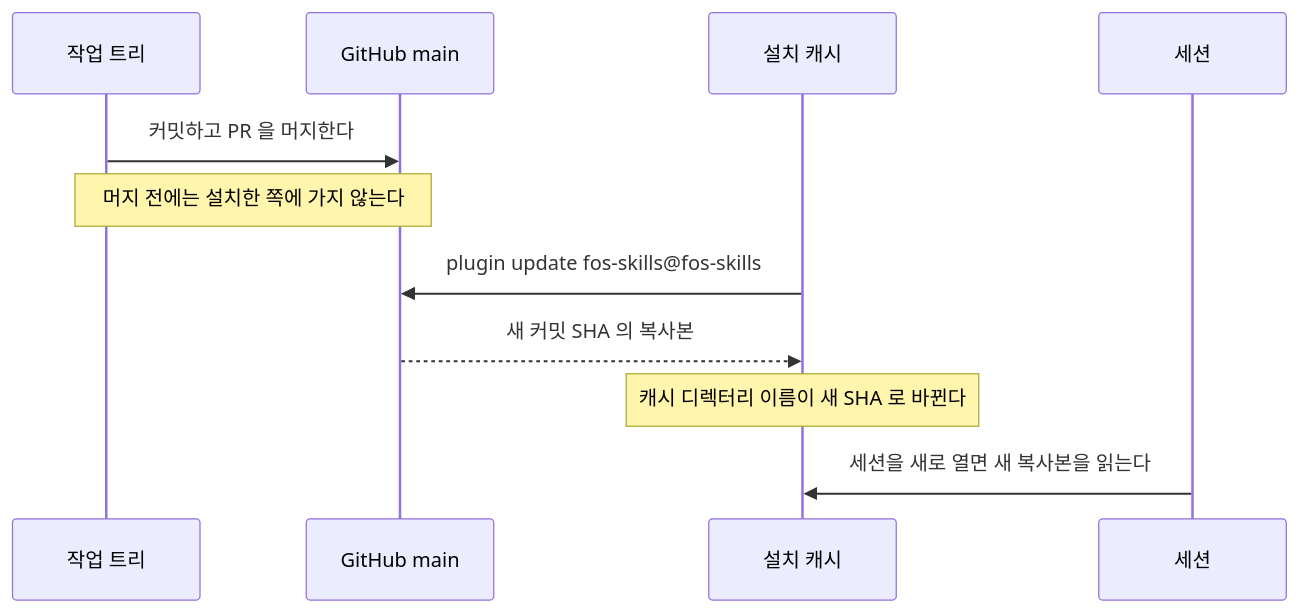
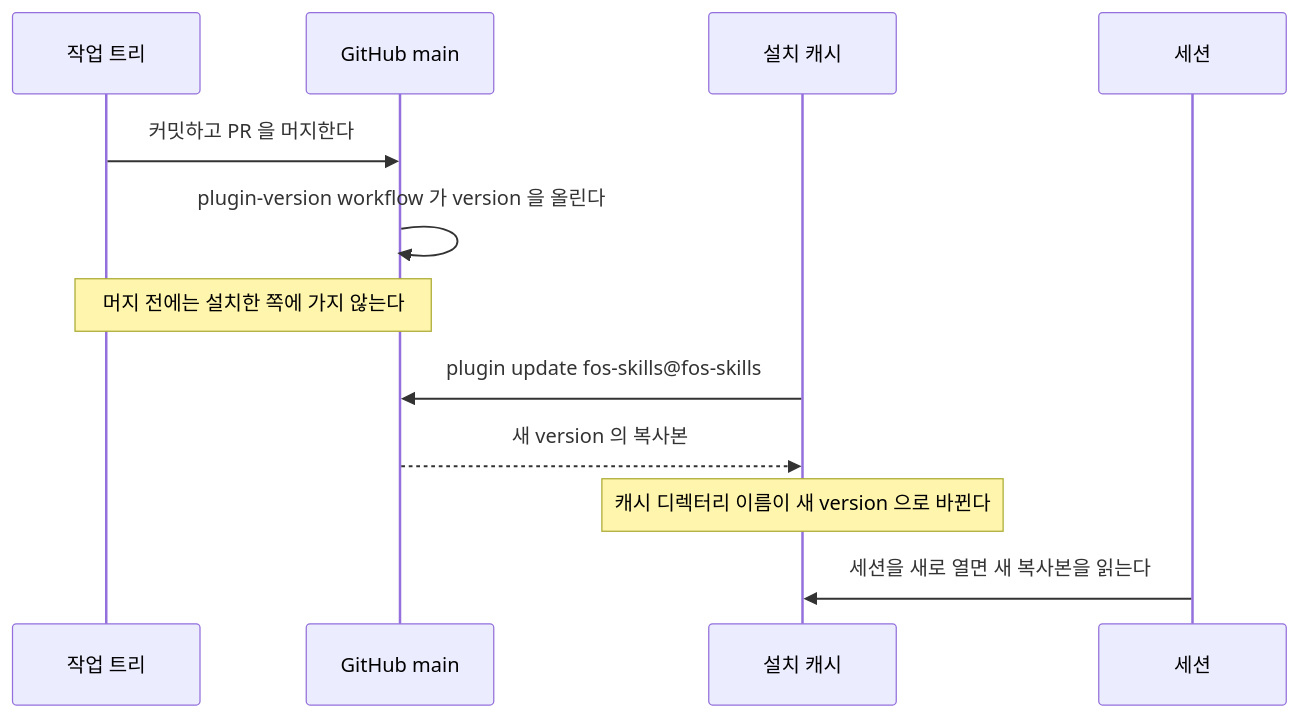
One commit to jon890/fos-skills changed the second of 8 diagrams in docs/flow.md. Above: the diagram before and after it, drawn with Mermaid. The commit also changed other lines of this file and 14 other files, not shown here.

First line of the commit message:
feat(plugin): plugin.json version 을 두고 main 머지마다 workflow 가 올린다

````diff
--- a/docs/flow.md
+++ b/docs/flow.md
@@ -48,13 +48,14 @@
 ```mermaid
 sequenceDiagram
     participant W as 작업 트리
     participant G as GitHub main
     participant C as 설치 캐시
     participant S as 세션
     W->>G: 커밋하고 PR 을 머지한다
+    G->>G: plugin-version workflow 가 version 을 올린다
     Note over W,G: 머지 전에는 설치한 쪽에 가지 않는다
     C->>G: plugin update fos-skills@fos-skills
-    G-->>C: 새 커밋 SHA 의 복사본
-    Note over C: 캐시 디렉터리 이름이 새 SHA 로 바뀐다
+    G-->>C: 새 version 의 복사본
+    Note over C: 캐시 디렉터리 이름이 새 version 으로 바뀐다
     S->>C: 세션을 새로 열면 새 복사본을 읽는다
 ```
````
